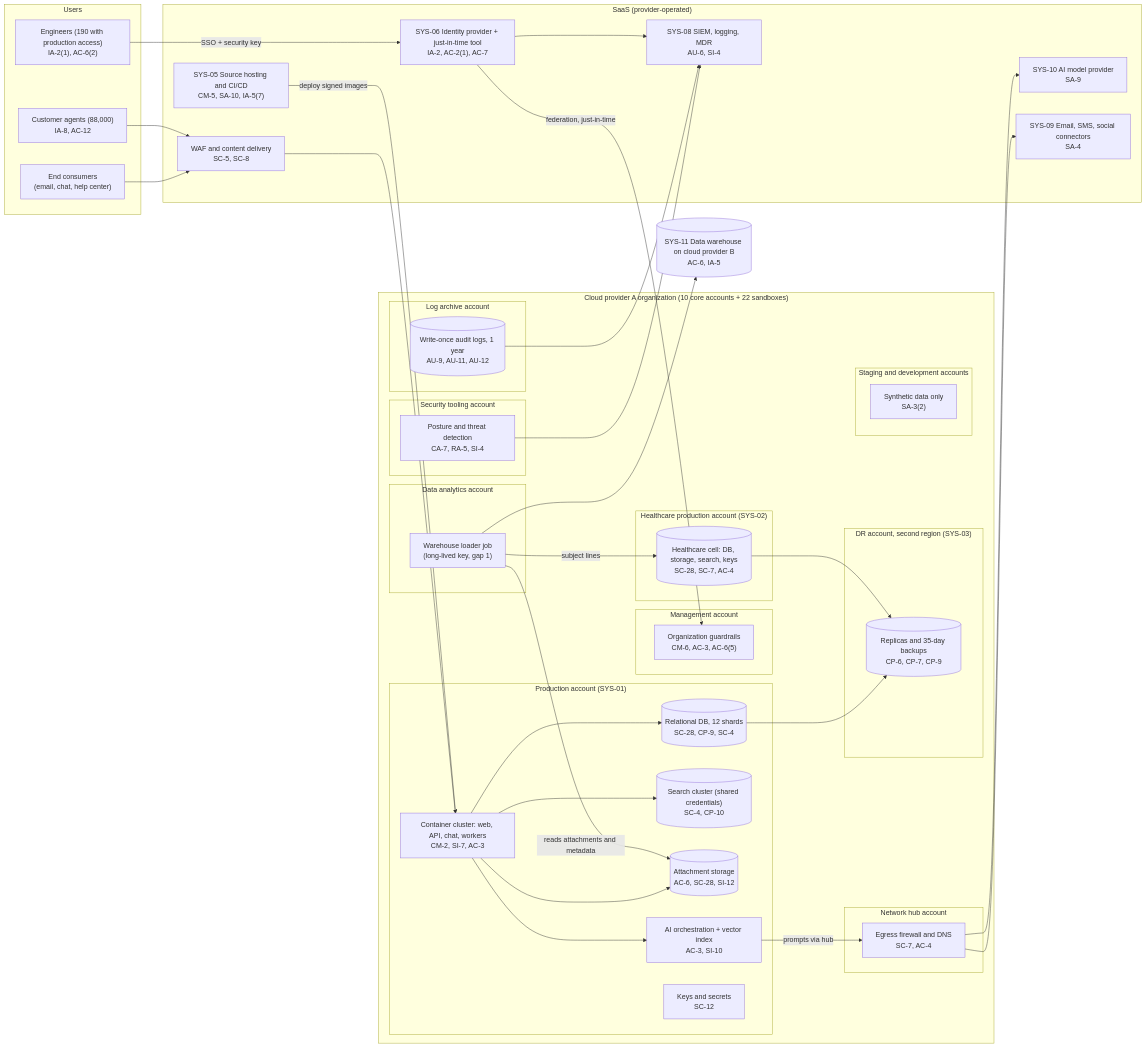
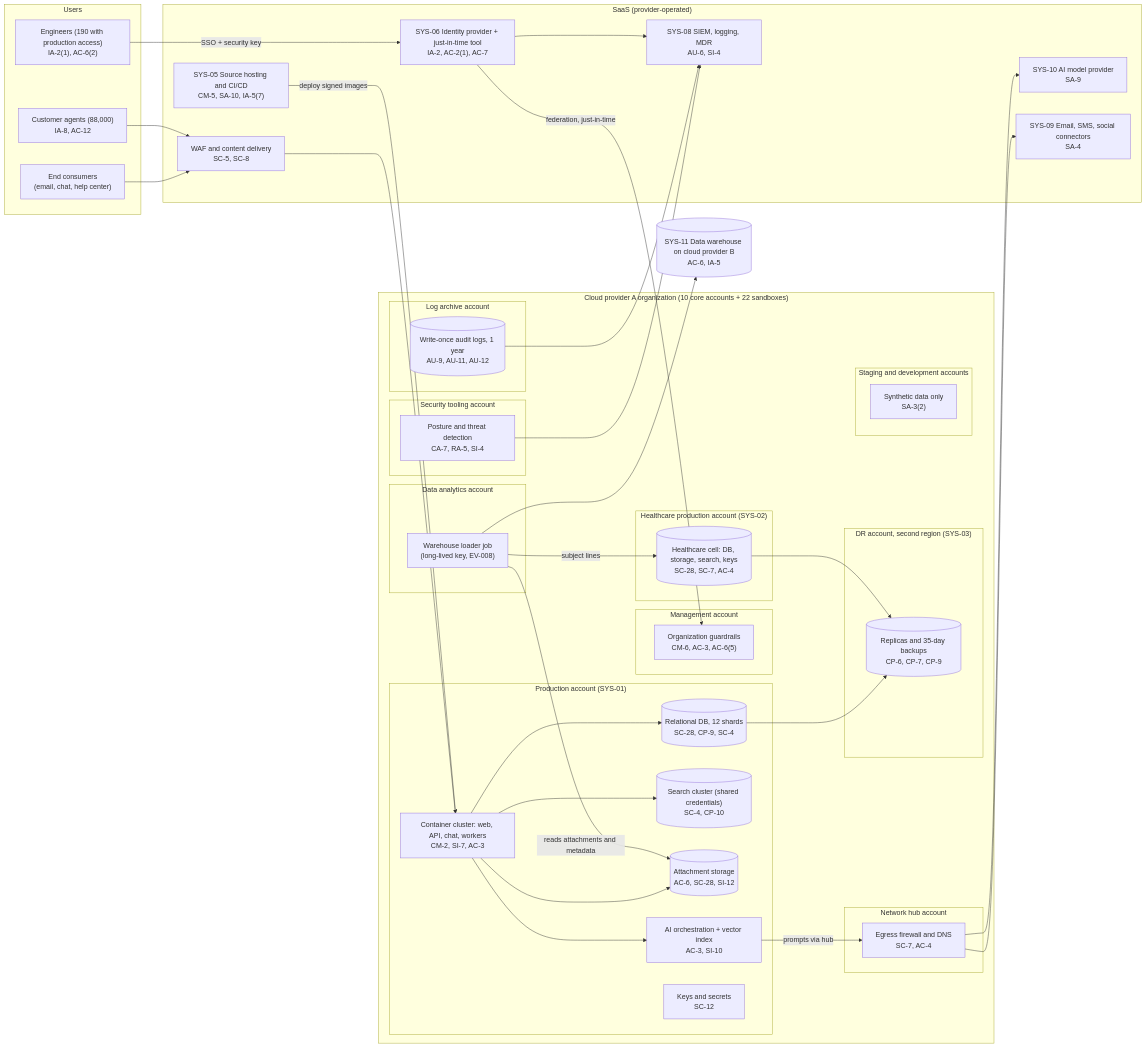
Before and after one commit to saint1415/GRC_Projects: the diagram in 03_company-samples/information-software-media/size-4_mid-market_b2b-saas-publisher/step-03_P04_cloud-control-mapping/cloud-architecture.md, drawn with Mermaid. The commit also changed other lines of this file and 150 other files, not shown here.

````diff
--- a/03_company-samples/information-software-media/size-4_mid-market_b2b-saas-publisher/step-03_P04_cloud-control-mapping/cloud-architecture.md
+++ b/03_company-samples/information-software-media/size-4_mid-market_b2b-saas-publisher/step-03_P04_cloud-control-mapping/cloud-architecture.md
@@ -9,72 +9,72 @@
 ```mermaid
 flowchart LR
   subgraph Users["Users"]
     AG["Customer agents (88,000)<br/>IA-8, AC-12"]
     EC["End consumers<br/>(email, chat, help center)"]
     ENG["Engineers (190 with production access)<br/>IA-2(1), AC-6(2)"]
   end
   subgraph SaaS["SaaS (provider-operated)"]
     IDP["SYS-06 Identity provider + just-in-time tool<br/>IA-2, AC-2(1), AC-7"]
     SCM["SYS-05 Source hosting and CI/CD<br/>CM-5, SA-10, IA-5(7)"]
     SIEM["SYS-08 SIEM, logging, MDR<br/>AU-6, SI-4"]
     LLM["SYS-10 AI model provider<br/>SA-9"]
     MSG["SYS-09 Email, SMS, social connectors<br/>SA-4"]
     EDGE["WAF and content delivery<br/>SC-5, SC-8"]
   end
   subgraph Org["Cloud provider A organization (10 core accounts + 22 sandboxes)"]
     subgraph MGMT["Management account"]
       GR["Organization guardrails<br/>CM-6, AC-3, AC-6(5)"]
     end
     subgraph SEC["Security tooling account"]
       POST["Posture and threat detection<br/>CA-7, RA-5, SI-4"]
     end
     subgraph LOGA["Log archive account"]
       LOG[("Write-once audit logs, 1 year<br/>AU-9, AU-11, AU-12")]
     end
     subgraph NET["Network hub account"]
       HUB["Egress firewall and DNS<br/>SC-7, AC-4"]
     end
     subgraph PROD["Production account (SYS-01)"]
       K8S["Container cluster: web, API, chat, workers<br/>CM-2, SI-7, AC-3"]
       DB[("Relational DB, 12 shards<br/>SC-28, CP-9, SC-4")]
       SRCH[("Search cluster (shared credentials)<br/>SC-4, CP-10")]
       ATT[("Attachment storage<br/>AC-6, SC-28, SI-12")]
       AI["AI orchestration + vector index<br/>AC-3, SI-10"]
       KMS["Keys and secrets<br/>SC-12"]
     end
     subgraph HC["Healthcare production account (SYS-02)"]
       HCC[("Healthcare cell: DB, storage, search, keys<br/>SC-28, SC-7, AC-4")]
     end
     subgraph DR["DR account, second region (SYS-03)"]
       REP[("Replicas and 35-day backups<br/>CP-6, CP-7, CP-9")]
     end
     subgraph STG["Staging and development accounts"]
       DEV["Synthetic data only<br/>SA-3(2)"]
     end
     subgraph DATA["Data analytics account"]
-      LOAD["Warehouse loader job<br/>(long-lived key, gap 1)"]
+      LOAD["Warehouse loader job<br/>(long-lived key, EV-008)"]
     end
   end
   WH[("SYS-11 Data warehouse on cloud provider B<br/>AC-6, IA-5")]
   EC --> EDGE
   AG --> EDGE
   EDGE --> K8S
   ENG -->|SSO + security key| IDP
   IDP -->|federation, just-in-time| GR
   SCM -->|deploy signed images| K8S
   K8S --> DB
   K8S --> SRCH
   K8S --> ATT
   K8S --> AI
   AI -->|prompts via hub| HUB
   HUB --> LLM
   HUB --> MSG
   DB --> REP
   HCC --> REP
   LOAD -->|reads attachments and metadata| ATT
   LOAD -->|subject lines| HCC
   LOAD --> WH
   POST --> SIEM
   LOG --> SIEM
   IDP --> SIEM
 ```
````
